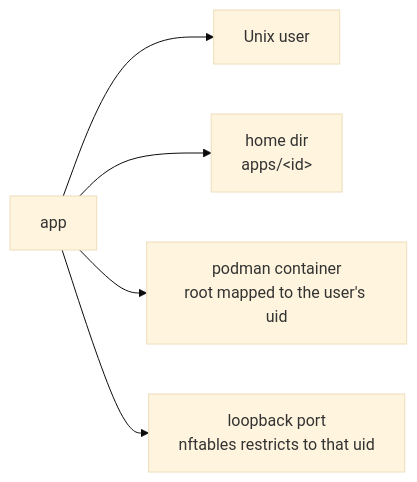
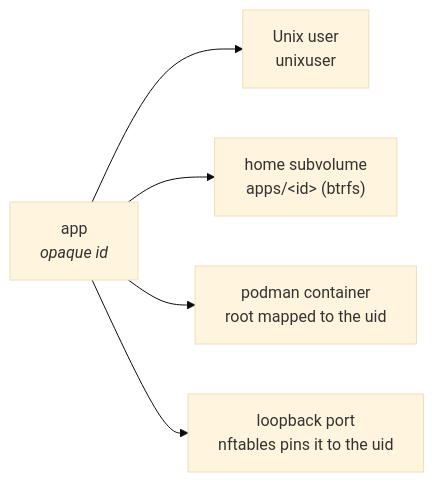
Before and after one commit to binwiederhier/hostit: the third of 8 diagrams in docs/internal/slides/slides.md, drawn with Mermaid (base theme). The commit also changed other lines of this file and 2 other files, not shown here.

````diff
--- a/docs/internal/slides/slides.md
+++ b/docs/internal/slides/slides.md
@@ -88,7 +187,7 @@
 ```mermaid
 flowchart LR
-  A[app] --> U[Unix user]
-  A --> H["home dir<br/>apps/&lt;id&gt;"]
-  A --> C["podman container<br/>root mapped to the user's uid"]
-  A --> P["loopback port<br/>nftables restricts to that uid"]
+  A["app<br/><i>opaque id</i>"] --> U["Unix user<br/>unixuser"]
+  A --> H["home subvolume<br/>apps/&lt;id&gt; (btrfs)"]
+  A --> C["podman container<br/>root mapped to the uid"]
+  A --> P["loopback port<br/>nftables pins it to the uid"]
 ```
````
